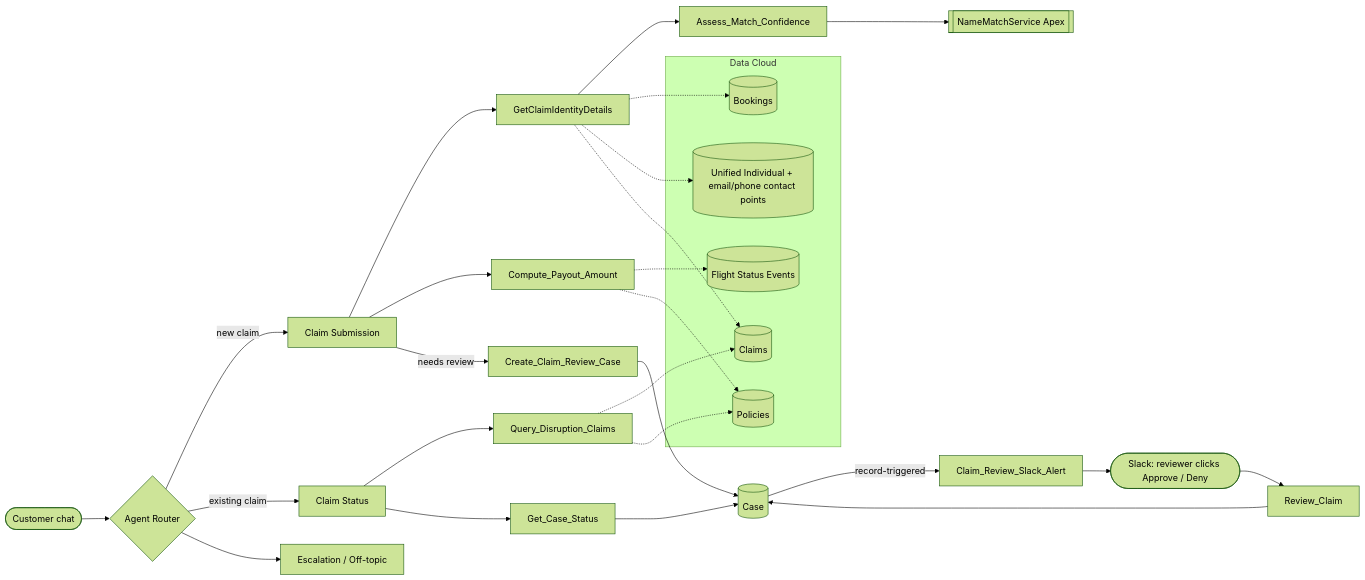
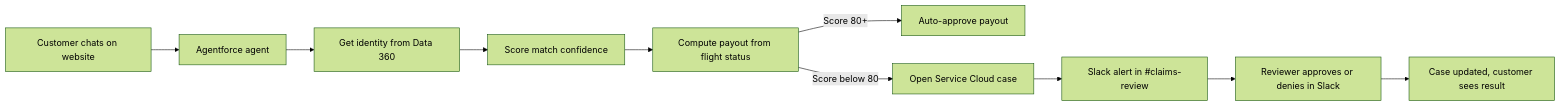
One commit to pzavar/aerowave-claims-concierge changed the diagram in README.md. Above: the diagram before and after it, drawn with Mermaid (forest theme). The commit also changed other lines of this file and 1 other file, not shown here.

````diff
--- a/README.md
+++ b/README.md
@@ -40,32 +19,12 @@
 ```mermaid
 flowchart LR
-    C([Customer chat]) --> R{Agent Router}
-    R -->|new claim| S[Claim Submission]
-    R -->|existing claim| T[Claim Status]
-    R --> E[Escalation / Off-topic]
-
-    S --> F1[GetClaimIdentityDetails]
-    F1 --> F2[Assess_Match_Confidence]
-    F2 --> A[[NameMatchService Apex]]
-    S --> F3[Compute_Payout_Amount]
-    S -->|needs review| F4[Create_Claim_Review_Case]
-
-    F4 --> CASE[(Case)]
-    CASE -->|record-triggered| SL[Claim_Review_Slack_Alert]
-    SL --> SLACK([Slack: reviewer clicks Approve / Deny])
-    SLACK --> RV[Review_Claim] --> CASE
-
-    T --> F5[Query_Disruption_Claims]
-    T --> F6[Get_Case_Status] --> CASE
-
-    subgraph DC [Data Cloud]
-      B[(Bookings)]
-      I[(Unified Individual + email/phone contact points)]
-      FS[(Flight Status Events)]
-      P[(Policies)]
-      CL[(Claims)]
-    end
-    F1 -.-> B & I & CL
-    F3 -.-> FS & P
-    F5 -.-> CL & P
+    A[Customer chats on website] --> B[Agentforce agent]
+    B --> C[Get identity from Data 360]
+    C --> D[Score match confidence]
+    D --> E[Compute payout from flight status]
+    E -->|Score 80+| F[Auto-approve payout]
+    E -->|Score below 80| G[Open Service Cloud case]
+    G --> H[Slack alert in #claims-review]
+    H --> I[Reviewer approves or denies in Slack]
+    I --> J[Case updated, customer sees result]
 ```
````
